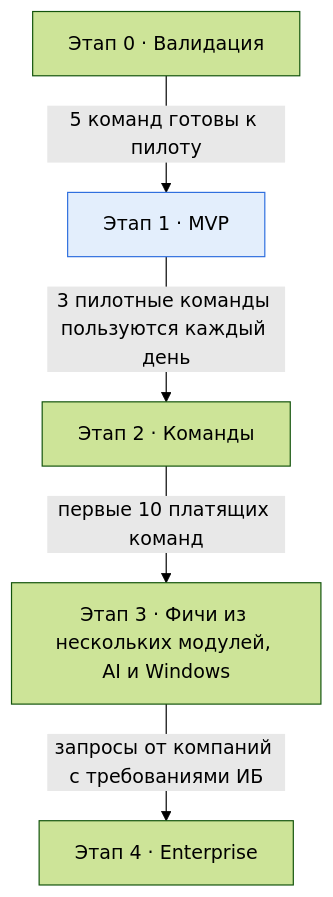
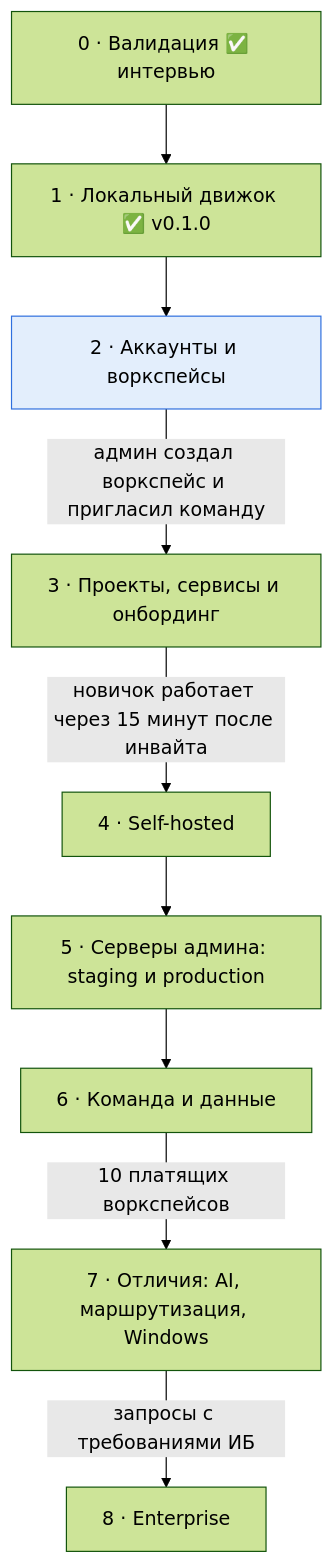
One commit to amalychev/devopus changed the diagram in roadmap.md. Above: the diagram before and after it, drawn with Mermaid (forest theme). The commit also changed other lines of this file and 22 other files, not shown here.

````diff
--- a/roadmap.md
+++ b/roadmap.md
@@ -7,8 +7,12 @@
 ```mermaid
 flowchart TB
-    S0["Этап 0 · Валидация"] -->|"5 команд готовы к пилоту"| S1["Этап 1 · MVP"]
-    S1 -->|"3 пилотные команды пользуются каждый день"| S2["Этап 2 · Команды"]
-    S2 -->|"первые 10 платящих команд"| S3["Этап 3 · Фичи из нескольких модулей, AI и Windows"]
-    S3 -->|"запросы от компаний с требованиями ИБ"| S4["Этап 4 · Enterprise"]
-    style S1 fill:#e3eefc,stroke:#2f6fde
+    S0["0 · Валидация ✅ интервью"] --> S1["1 · Локальный движок ✅ v0.1.0"]
+    S1 --> S2["2 · Аккаунты и воркспейсы"]
+    S2 -->|"админ создал воркспейс и пригласил команду"| S3["3 · Проекты, сервисы и онбординг"]
+    S3 -->|"новичок работает через 15 минут после инвайта"| S4["4 · Self-hosted"]
+    S4 --> S5["5 · Серверы админа: staging и production"]
+    S5 --> S6["6 · Команда и данные"]
+    S6 -->|"10 платящих воркспейсов"| S7["7 · Отличия: AI, маршрутизация, Windows"]
+    S7 -->|"запросы с требованиями ИБ"| S8["8 · Enterprise"]
+    style S2 fill:#e3eefc,stroke:#2f6fde
 ```
````
